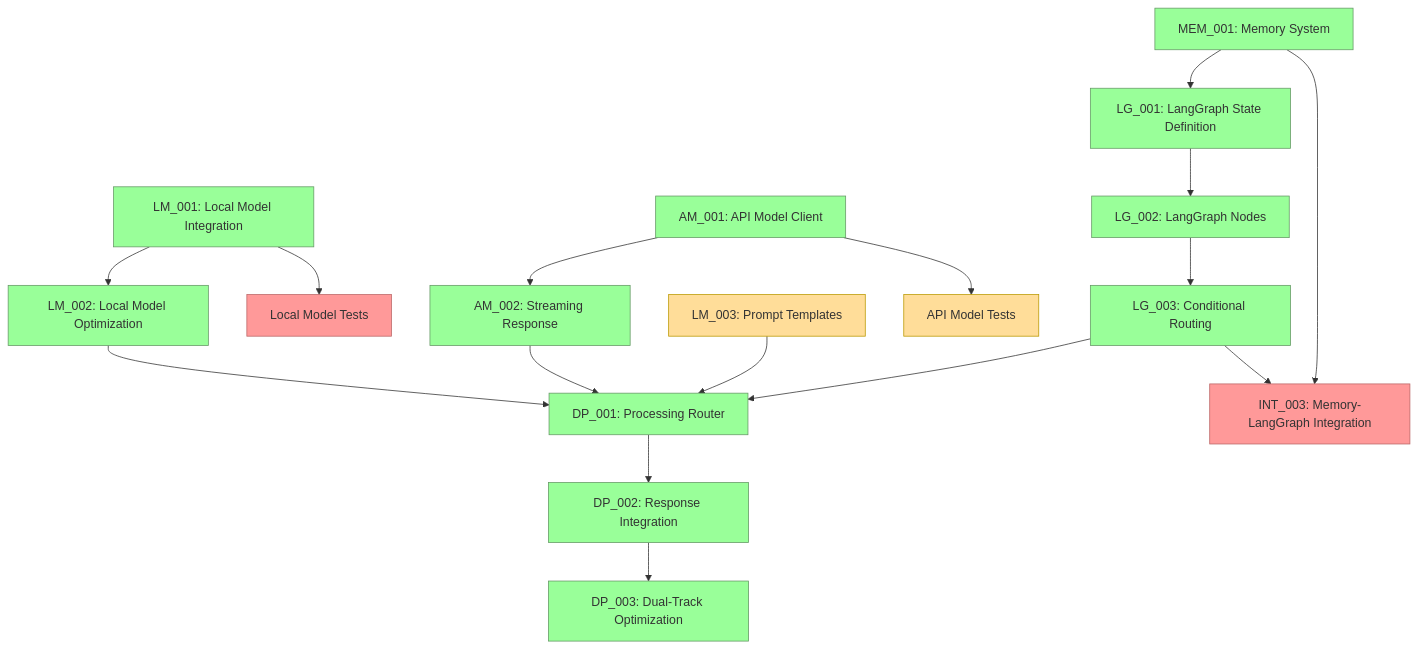
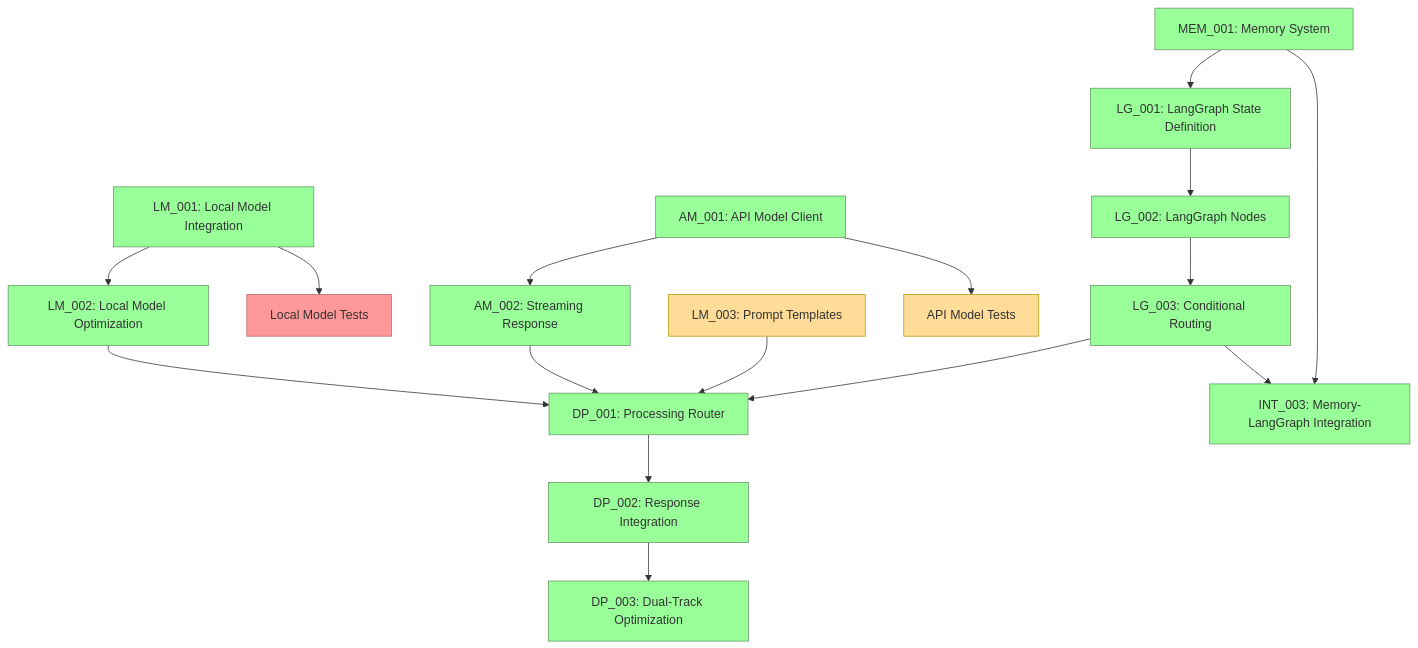
Before and after one commit to vigil-313/VANTA-ALPHA: the diagram in SESSION_STATE.md, drawn with Mermaid. The commit also changed other lines of this file and 10 other files, not shown here.

````diff
--- a/SESSION_STATE.md
+++ b/SESSION_STATE.md
@@ -372,35 +408,35 @@
 ```mermaid
 graph TD
     %% Core Components with Status
     LM001[LM_001: Local Model Integration] --> LM002[LM_002: Local Model Optimization]
     
     AM001[AM_001: API Model Client] --> AM002[AM_002: Streaming Response]
     
     MEM001[MEM_001: Memory System] --> LG001[LG_001: LangGraph State Definition]
     LG001 --> LG002[LG_002: LangGraph Nodes]
     LG002 --> LG003[LG_003: Conditional Routing]
     
     LM002 & AM002 & LG003 --> DP001[DP_001: Processing Router]
     
     LM003[LM_003: Prompt Templates] --> DP001
     
     %% Integration path
     DP001 --> DP002[DP_002: Response Integration]
     DP002 --> DP003[DP_003: Dual-Track Optimization]
     
     %% Memory-LangGraph Integration
     LG003 & MEM001 --> INT003[INT_003: Memory-LangGraph Integration]
     
     %% Testing
     LM001 --> LMTest[Local Model Tests]
     AM001 --> AMTest[API Model Tests]
     
     %% Status styling
     classDef completed fill:#9f9,stroke:#696,stroke-width:1px
     classDef inprogress fill:#fd9,stroke:#b90,stroke-width:1px
     classDef notstarted fill:#f99,stroke:#b66,stroke-width:1px
     
-    class LM001,AM001,MEM001,LM002,AM002,LG001,LG002,LG003,DP001,DP002,DP003 completed
+    class LM001,AM001,MEM001,LM002,AM002,LG001,LG002,LG003,DP001,DP002,DP003,INT003 completed
     class LM003,AMTest inprogress
-    class INT003,LMTest notstarted
+    class LMTest notstarted
 ```
````
